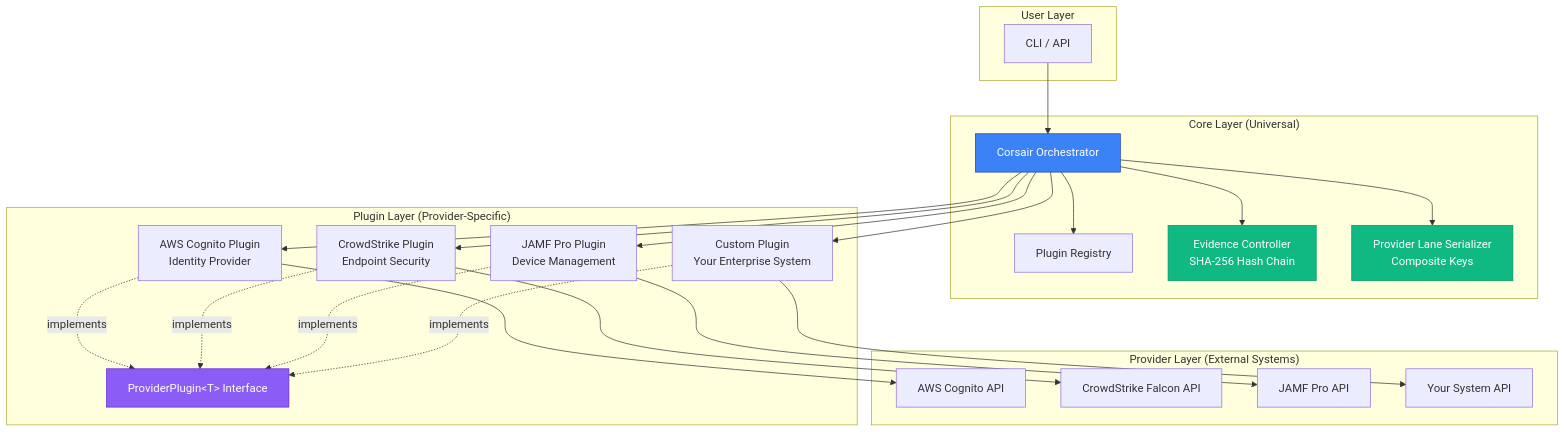
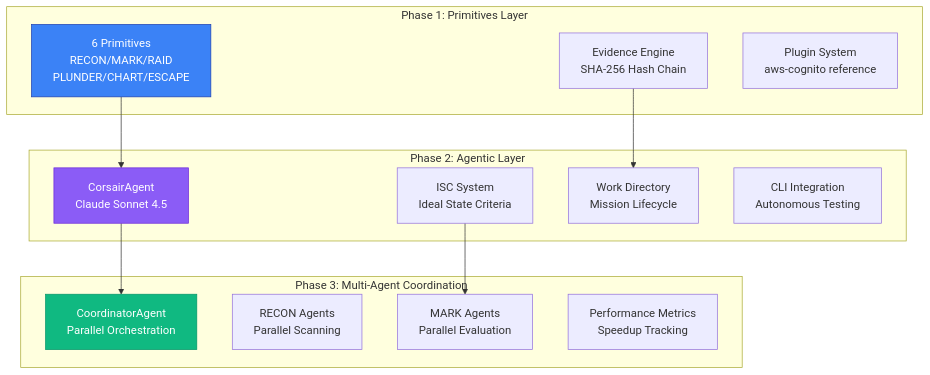
Before and after one commit to grcorsair/corsair: the first of 4 diagrams in README.md, drawn with Mermaid. The commit also changed other lines of this file and 6 other files, not shown here.

First line of the commit message:
chore: Update integration files and documentation for 3-phase upgrade

````diff
--- a/README.md
+++ b/README.md
@@ -46,52 +46,31 @@
 ```mermaid
 graph TB
-    subgraph "User Layer"
-        CLI[CLI / API]
+    subgraph "Phase 1: Primitives Layer"
+        Primitives[6 Primitives<br/>RECON/MARK/RAID<br/>PLUNDER/CHART/ESCAPE]
+        Evidence[Evidence Engine<br/>SHA-256 Hash Chain]
+        Plugins[Plugin System<br/>aws-cognito reference]
     end
 
-    subgraph "Core Layer (Universal)"
-        Corsair[Corsair Orchestrator]
-        Registry[Plugin Registry]
-        EvidenceCtrl[Evidence Controller<br/>SHA-256 Hash Chain]
-        LaneSerial[Provider Lane Serializer<br/>Composite Keys]
-
-        Corsair --> Registry
-        Corsair --> EvidenceCtrl
-        Corsair --> LaneSerial
+    subgraph "Phase 2: Agentic Layer"
+        Agent[CorsairAgent<br/>Claude Sonnet 4.5]
+        ISC[ISC System<br/>Ideal State Criteria]
+        WorkDir[Work Directory<br/>Mission Lifecycle]
+        CLI[CLI Integration<br/>Autonomous Testing]
     end
 
-    subgraph "Plugin Layer (Provider-Specific)"
-        CognitoPlugin[AWS Cognito Plugin<br/>Identity Provider]
-        CrowdPlugin[CrowdStrike Plugin<br/>Endpoint Security]
-        JamfPlugin[JAMF Pro Plugin<br/>Device Management]
-        CustomPlugin[Custom Plugin<br/>Your Enterprise System]
-
-        CognitoPlugin -.implements.-> ProviderInterface[ProviderPlugin&lt;T&gt; Interface]
-        CrowdPlugin -.implements.-> ProviderInterface
-        JamfPlugin -.implements.-> ProviderInterface
-        CustomPlugin -.implements.-> ProviderInterface
+    subgraph "Phase 3: Multi-Agent Coordination"
+        Coord[CoordinatorAgent<br/>Parallel Orchestration]
+        ReconAgents[RECON Agents<br/>Parallel Scanning]
+        MarkAgents[MARK Agents<br/>Parallel Evaluation]
+        Metrics[Performance Metrics<br/>Speedup Tracking]
     end
 
-    subgraph "Provider Layer (External Systems)"
-        Cognito[AWS Cognito API]
-        CrowdStrike[CrowdStrike Falcon API]
-        JAMF[JAMF Pro API]
-        Custom[Your System API]
+    Primitives --> Agent
+    Agent --> Coord
+    ISC --> MarkAgents
+    Evidence --> WorkDir
 
-        CognitoPlugin --> Cognito
-        CrowdPlugin --> CrowdStrike
-        JamfPlugin --> JAMF
-        CustomPlugin --> Custom
-    end
-
-    CLI --> Corsair
-    Corsair --> CognitoPlugin
-    Corsair --> CrowdPlugin
-    Corsair --> JamfPlugin
-    Corsair --> CustomPlugin
-
-    style Corsair fill:#3b82f6,stroke:#1e40af,color:#fff
-    style ProviderInterface fill:#8b5cf6,stroke:#6d28d9,color:#fff
-    style EvidenceCtrl fill:#10b981,stroke:#059669,color:#fff
-    style LaneSerial fill:#10b981,stroke:#059669,color:#fff
+    style Primitives fill:#3b82f6,stroke:#1e40af,color:#fff
+    style Agent fill:#8b5cf6,stroke:#6d28d9,color:#fff
+    style Coord fill:#10b981,stroke:#059669,color:#fff
 ```
````
